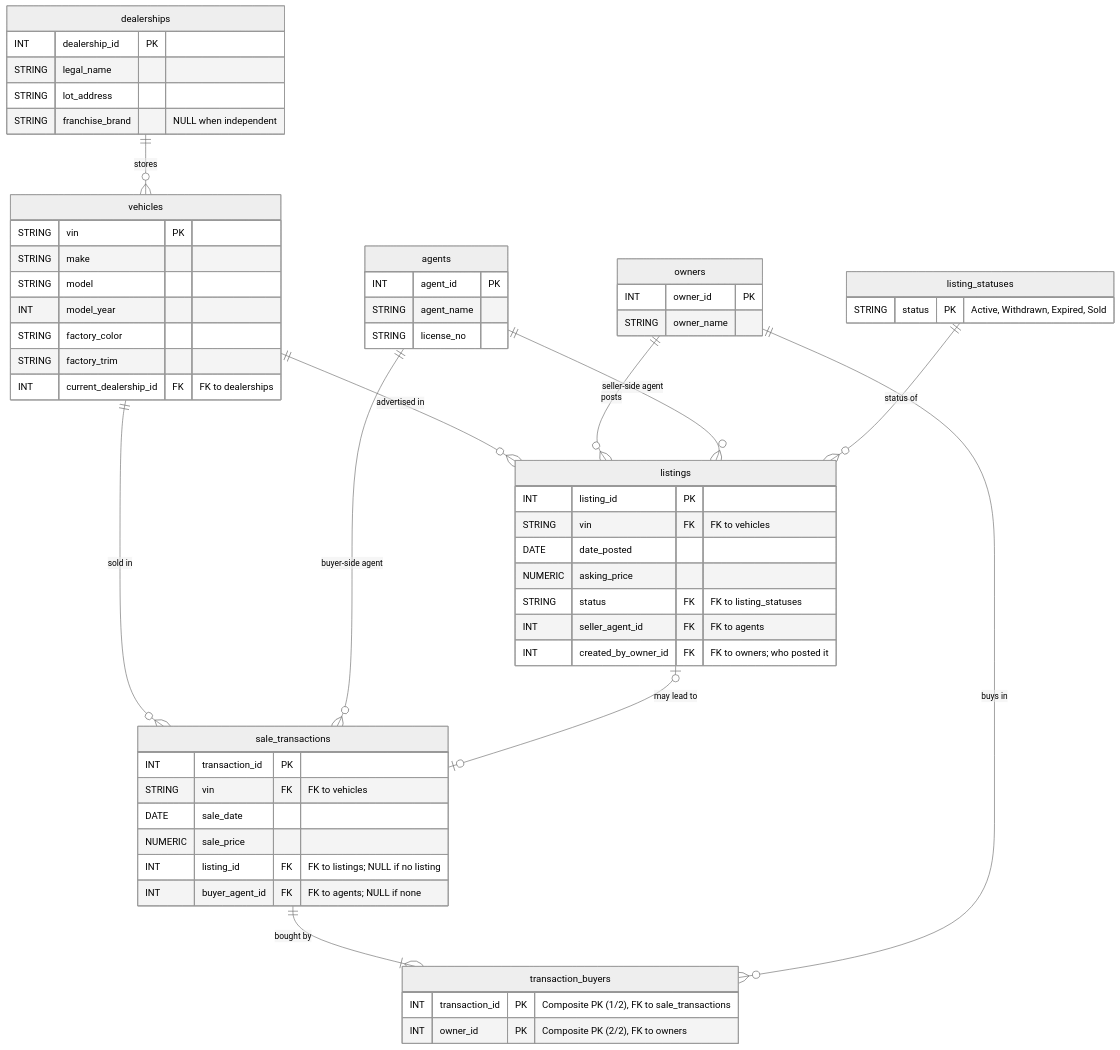
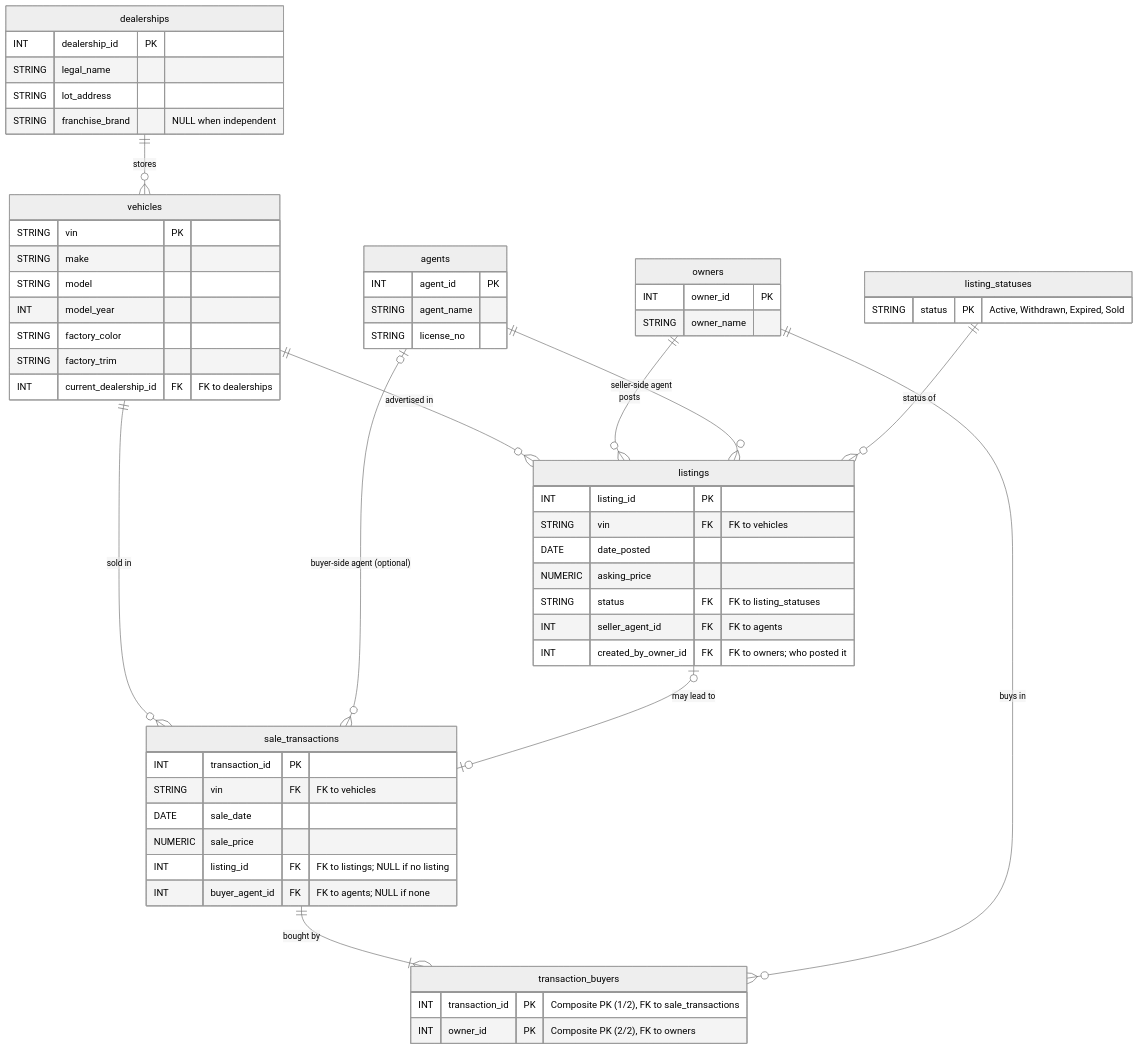
The diagram in schemas/carconnect_teaching.md (ipeirotis/introduction-to-databases), drawn with Mermaid (neutral theme) before and after one commit. The commit also changed 2 other files, not shown here.

Commit message:
Address Codex review: single-statement guard, optional buyer agent, A1 key metadata
- tools/bq/query.py refuses multi-statement scripts (semicolons outside
  literals/comments), not just a non-SELECT first keyword.
- ER diagram marks the buyer-side agent relationship as zero-or-one,
  matching the nullable buyer_agent_id column.
- Assignment 2 A1 points students at TABLE_CONSTRAINTS and
  KEY_COLUMN_USAGE, which the dataset does declare, instead of COLUMNS.

Claude-Session: https://claude.ai/code/session_01Qfh3GFfDTtk6qQXE5743AD

````diff
--- a/schemas/carconnect_teaching.md
+++ b/schemas/carconnect_teaching.md
@@ -11,62 +11,62 @@
 ```mermaid
 erDiagram
     vehicles {
         STRING vin PK
         STRING make
         STRING model
         INT model_year
         STRING factory_color
         STRING factory_trim
         INT current_dealership_id FK "FK to dealerships"
     }
     dealerships {
         INT dealership_id PK
         STRING legal_name
         STRING lot_address
         STRING franchise_brand "NULL when independent"
     }
     owners {
         INT owner_id PK
         STRING owner_name
     }
     agents {
         INT agent_id PK
         STRING agent_name
         STRING license_no
     }
     listing_statuses {
         STRING status PK "Active, Withdrawn, Expired, Sold"
     }
     listings {
         INT listing_id PK
         STRING vin FK "FK to vehicles"
         DATE date_posted
         NUMERIC asking_price
         STRING status FK "FK to listing_statuses"
         INT seller_agent_id FK "FK to agents"
         INT created_by_owner_id FK "FK to owners; who posted it"
     }
     sale_transactions {
         INT transaction_id PK
         STRING vin FK "FK to vehicles"
         DATE sale_date
         NUMERIC sale_price
         INT listing_id FK "FK to listings; NULL if no listing"
         INT buyer_agent_id FK "FK to agents; NULL if none"
     }
     transaction_buyers {
         INT transaction_id PK "Composite PK (1/2), FK to sale_transactions"
         INT owner_id PK "Composite PK (2/2), FK to owners"
     }
 
     dealerships ||--o{ vehicles : "stores"
     vehicles ||--o{ listings : "advertised in"
     vehicles ||--o{ sale_transactions : "sold in"
     owners ||--o{ listings : "posts"
     agents ||--o{ listings : "seller-side agent"
-    agents ||--o{ sale_transactions : "buyer-side agent"
+    agents |o--o{ sale_transactions : "buyer-side agent (optional)"
     listing_statuses ||--o{ listings : "status of"
     listings |o--o| sale_transactions : "may lead to"
     sale_transactions ||--|{ transaction_buyers : "bought by"
     owners ||--o{ transaction_buyers : "buys in"
 ```
````
